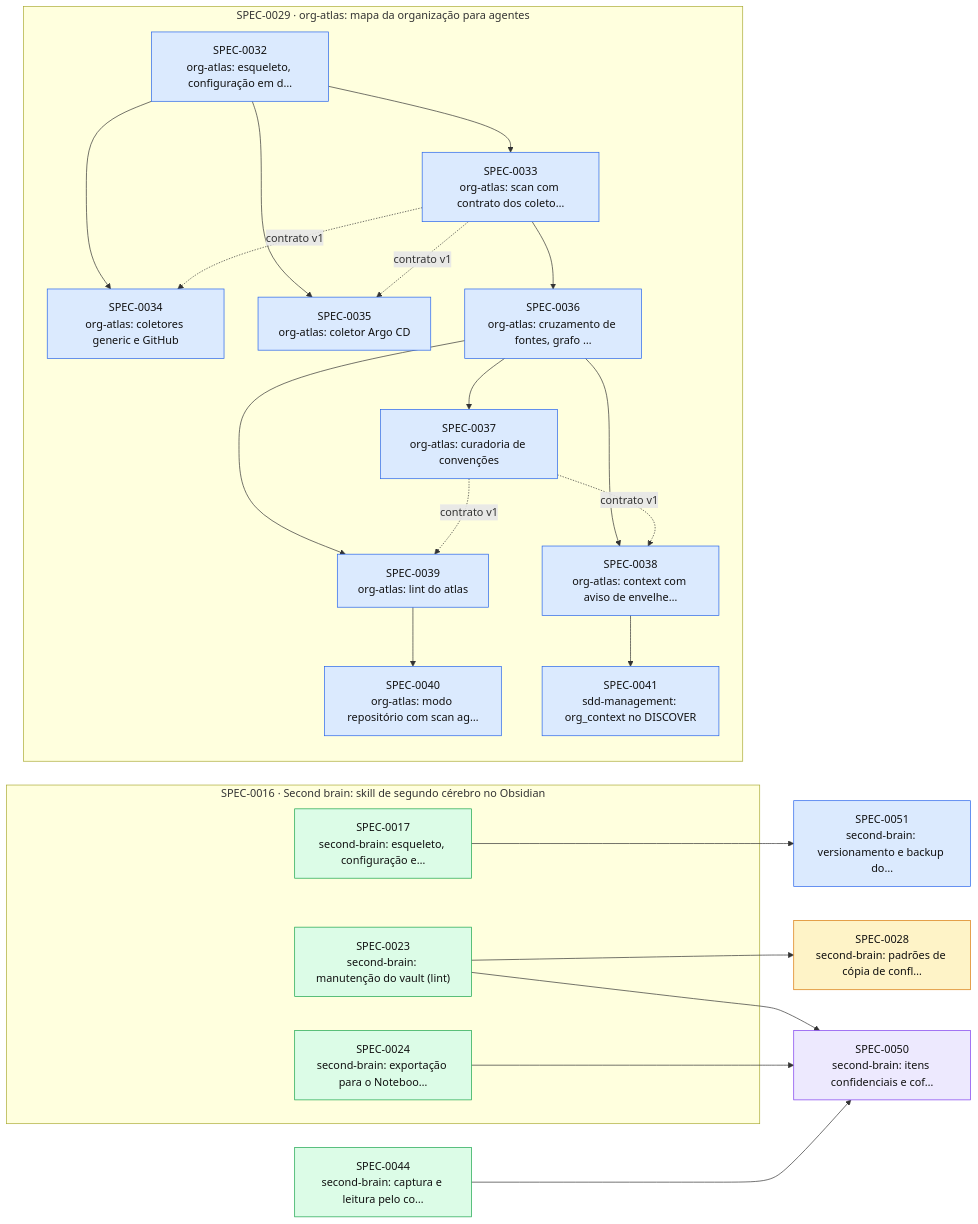
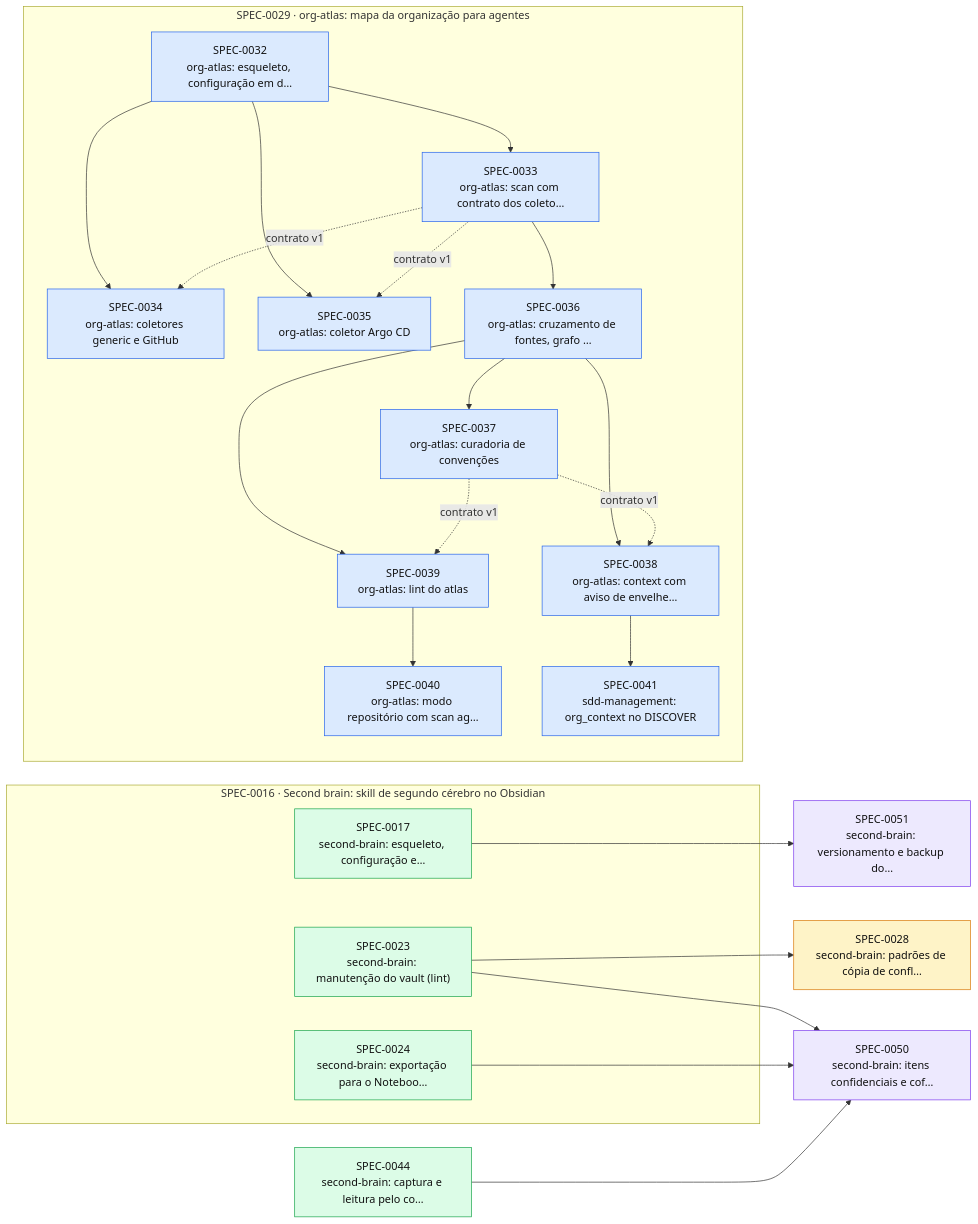
The diagram in docs/specs/INDEX.md (thomasravache/ai-dev-brain), drawn with Mermaid before and after one commit. The commit also changed other lines of this file and 2 other files, not shown here.

First line of the commit message:
docs(specs): G5 e H2 da SPEC-0050; SPEC-0051 em andamento

````diff
--- a/docs/specs/INDEX.md
+++ b/docs/specs/INDEX.md
@@ -60,47 +60,47 @@
 ```mermaid
 flowchart LR
   S0028["SPEC-0028<br/>second-brain: padrões de cópia de confl…"]:::proposed
   S0044["SPEC-0044<br/>second-brain: captura e leitura pelo co…"]:::implemented
   S0050["SPEC-0050<br/>second-brain: itens confidenciais e cof…"]:::inprogress
-  S0051["SPEC-0051<br/>second-brain: versionamento e backup do…"]:::approved
+  S0051["SPEC-0051<br/>second-brain: versionamento e backup do…"]:::inprogress
   subgraph E0016["SPEC-0016 · Second brain: skill de segundo cérebro no Obsidian"]
     S0017["SPEC-0017<br/>second-brain: esqueleto, configuração e…"]:::implemented
     S0023["SPEC-0023<br/>second-brain: manutenção do vault (lint)"]:::implemented
     S0024["SPEC-0024<br/>second-brain: exportação para o Noteboo…"]:::implemented
   end
   subgraph E0029["SPEC-0029 · org-atlas: mapa da organização para agentes"]
     S0032["SPEC-0032<br/>org-atlas: esqueleto, configuração em d…"]:::approved
     S0033["SPEC-0033<br/>org-atlas: scan com contrato dos coleto…"]:::approved
     S0034["SPEC-0034<br/>org-atlas: coletores generic e GitHub"]:::approved
     S0035["SPEC-0035<br/>org-atlas: coletor Argo CD"]:::approved
     S0036["SPEC-0036<br/>org-atlas: cruzamento de fontes, grafo …"]:::approved
     S0037["SPEC-0037<br/>org-atlas: curadoria de convenções"]:::approved
     S0038["SPEC-0038<br/>org-atlas: context com aviso de envelhe…"]:::approved
     S0039["SPEC-0039<br/>org-atlas: lint do atlas"]:::approved
     S0040["SPEC-0040<br/>org-atlas: modo repositório com scan ag…"]:::approved
     S0041["SPEC-0041<br/>sdd-management: org_context no DISCOVER"]:::approved
   end
   S0023 --> S0028
   S0032 --> S0033
   S0032 --> S0034
   S0033 -. contrato v1 .-> S0034
   S0032 --> S0035
   S0033 -. contrato v1 .-> S0035
   S0033 --> S0036
   S0036 --> S0037
   S0036 --> S0038
   S0037 -. contrato v1 .-> S0038
   S0036 --> S0039
   S0037 -. contrato v1 .-> S0039
   S0039 --> S0040
   S0038 --> S0041
   S0023 --> S0050
   S0024 --> S0050
   S0044 --> S0050
   S0017 --> S0051
   classDef proposed fill:#fef3c7,stroke:#d97706,color:#111
   classDef approved fill:#dbeafe,stroke:#2563eb,color:#111
   classDef inprogress fill:#ede9fe,stroke:#7c3aed,color:#111
   classDef implemented fill:#dcfce7,stroke:#16a34a,color:#111
   classDef deprecated fill:#f3f4f6,stroke:#9ca3af,color:#6b7280
 ```
````
